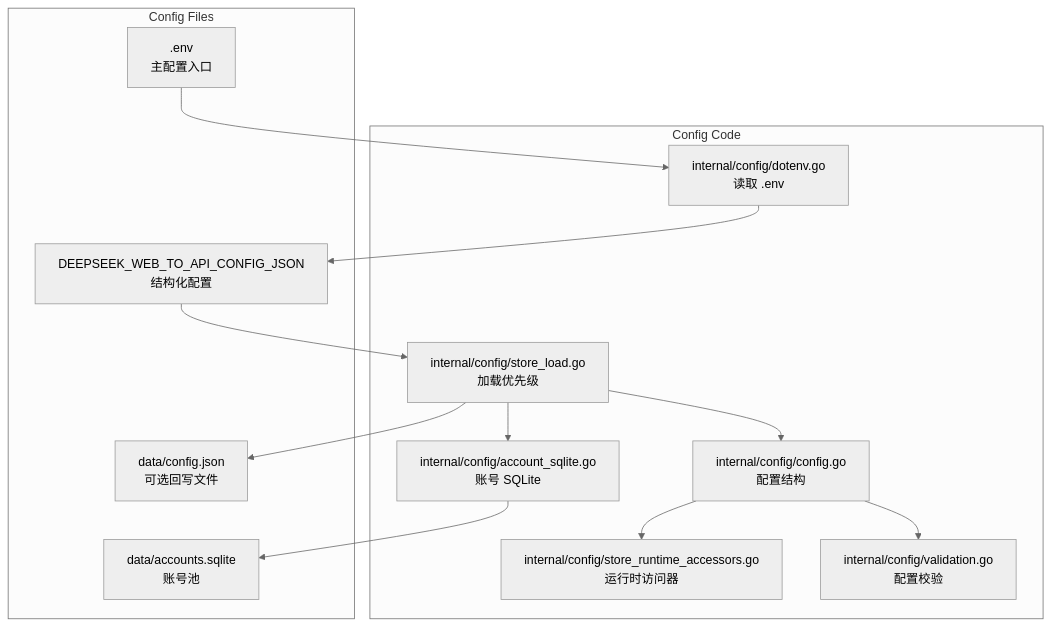
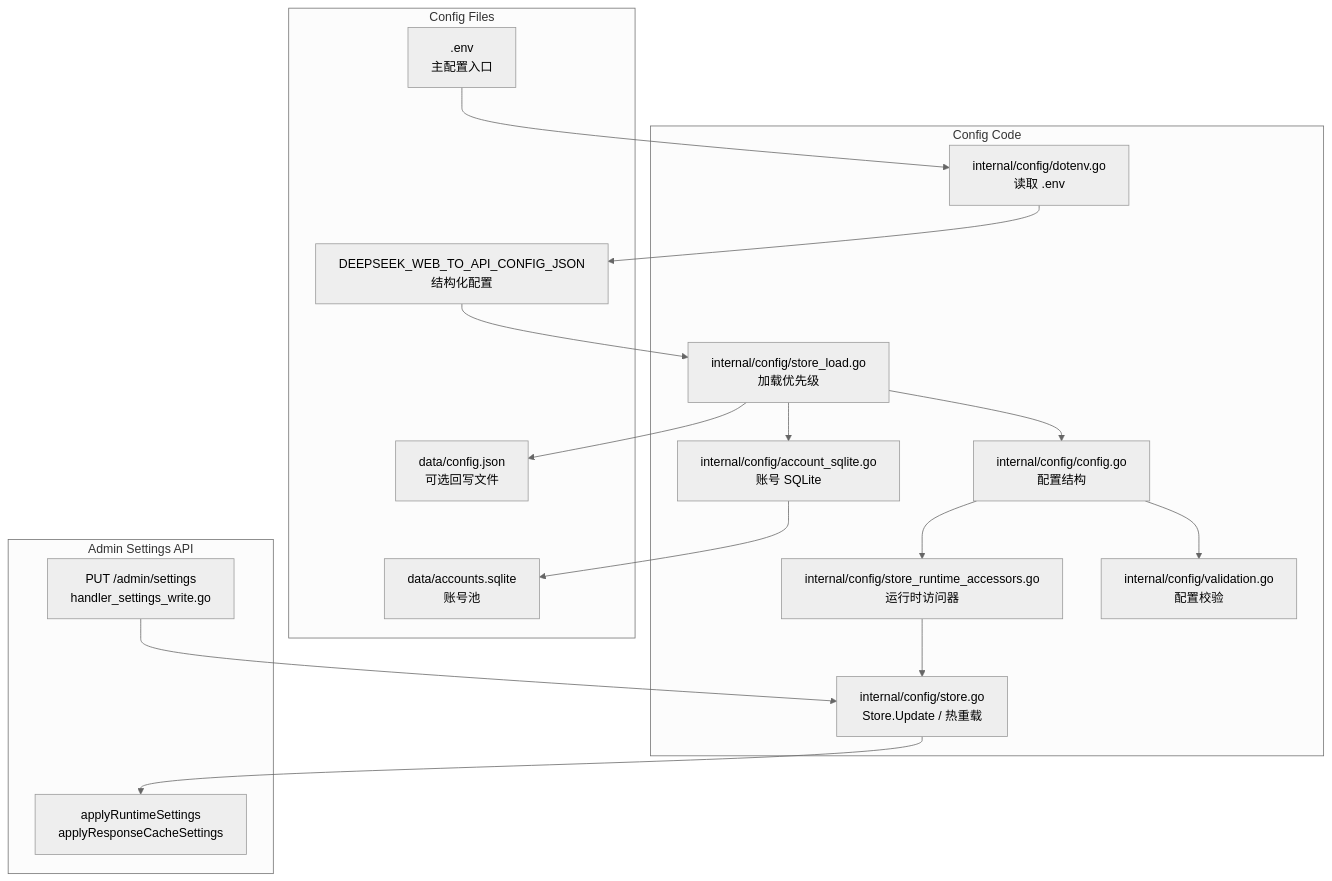
One commit to marklove5102/DeepSeek_Web_To_API changed the first of 2 diagrams in docs/configuration.md. Above: the diagram before and after it, drawn with Mermaid (neutral theme). The commit also changed other lines of this file and 17 other files, not shown here.

````diff
--- a/docs/configuration.md
+++ b/docs/configuration.md
@@ -36,26 +40,34 @@
 ```mermaid
 graph TB
 subgraph "Config Files"
 ENV[".env<br/>主配置入口"]
 ENVJSON["DEEPSEEK_WEB_TO_API_CONFIG_JSON<br/>结构化配置"]
 WRITEBACK["data/config.json<br/>可选回写文件"]
 ACCOUNTS["data/accounts.sqlite<br/>账号池"]
 end
 subgraph "Config Code"
 DOTENV["internal/config/dotenv.go<br/>读取 .env"]
 STRUCT["internal/config/config.go<br/>配置结构"]
 LOAD["internal/config/store_load.go<br/>加载优先级"]
+STORE["internal/config/store.go<br/>Store.Update / 热重载"]
 ACCDB["internal/config/account_sqlite.go<br/>账号 SQLite"]
 ACCESS["internal/config/store_runtime_accessors.go<br/>运行时访问器"]
 VALIDATE["internal/config/validation.go<br/>配置校验"]
+end
+subgraph "Admin Settings API"
+SETTINGS["PUT /admin/settings<br/>handler_settings_write.go"]
+APPLY["applyRuntimeSettings<br/>applyResponseCacheSettings"]
 end
 ENV --> DOTENV
 DOTENV --> ENVJSON
 ENVJSON --> LOAD
 LOAD --> WRITEBACK
 LOAD --> ACCDB
 ACCDB --> ACCOUNTS
 LOAD --> STRUCT
 STRUCT --> VALIDATE
 STRUCT --> ACCESS
+ACCESS --> STORE
+SETTINGS --> STORE
+STORE --> APPLY
 ```
````
